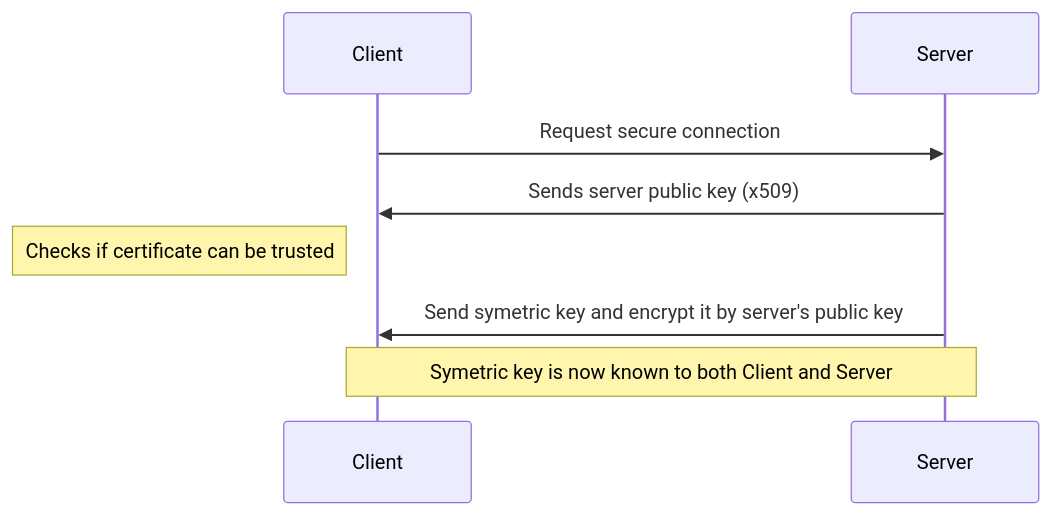
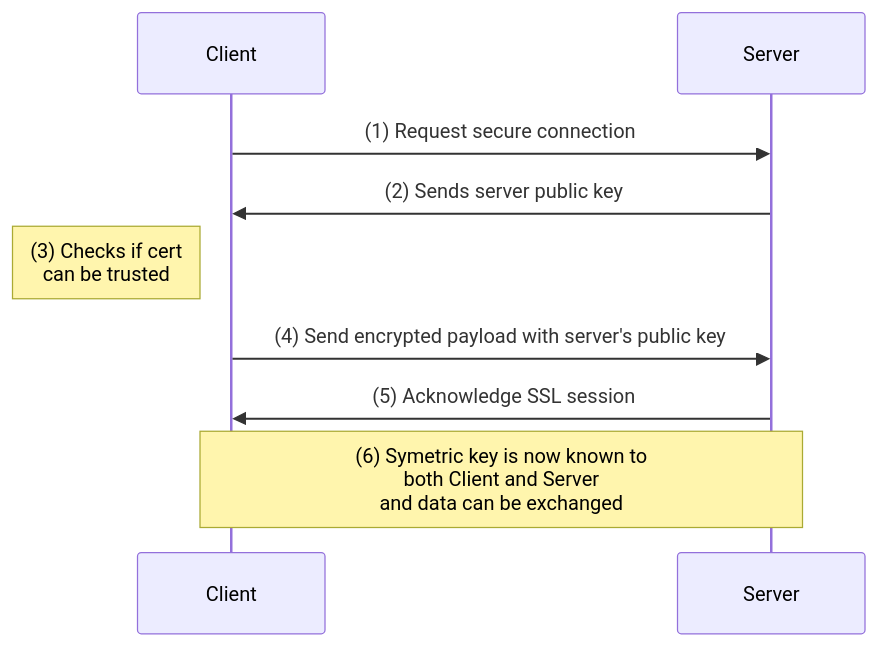
Before and after one commit to blurayne/https-chrome70: the diagram in README.md, drawn with Mermaid. The commit also changed other lines of this file, not shown here.

Commit message:
Imrpoved explanation of how SSL works

````diff
--- a/README.md
+++ b/README.md
@@ -35,12 +25,13 @@
 ```mermaid
 sequenceDiagram
     participant C as Client
 	participant S as Server
-    C->>S: Request secure connection
-    S->>C: Sends server public key (x509)
-    Note left of C: Checks if certificate can be trusted 
-    S->>C: Send symetric key and encrypt it by server's public key
-    Note over C,S: Symetric key is now known to both Client and Server
+    C->>S: (1) Request secure connection 
+    S->>C: (2) Sends server public key 
+    Note left of C:  (3) Checks if cert<br/>can be trusted 
+    C->>S: (4) Send encrypted payload with server's public key
+    S->>C: (5) Acknowledge SSL session
+    Note over C,S: (6) Symetric key is now known to<br/>both Client and Server<br/> and data can be exchanged
     
      
 ```
````
